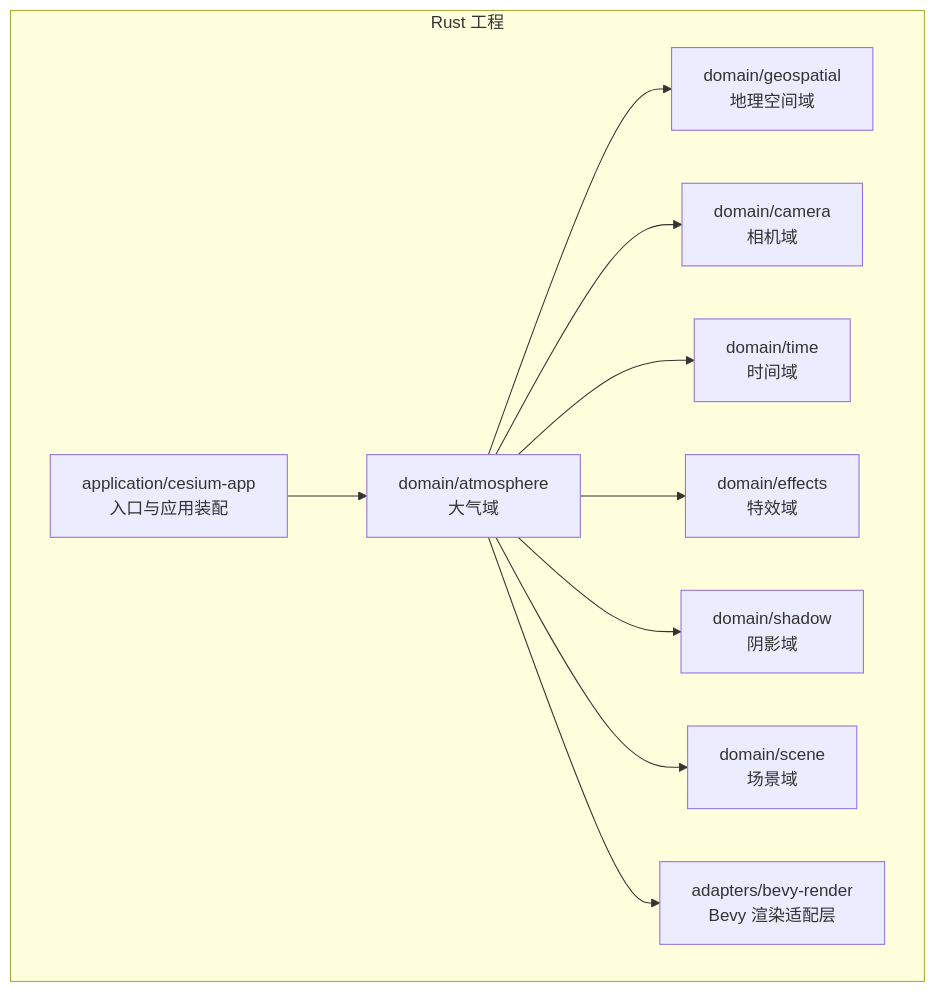
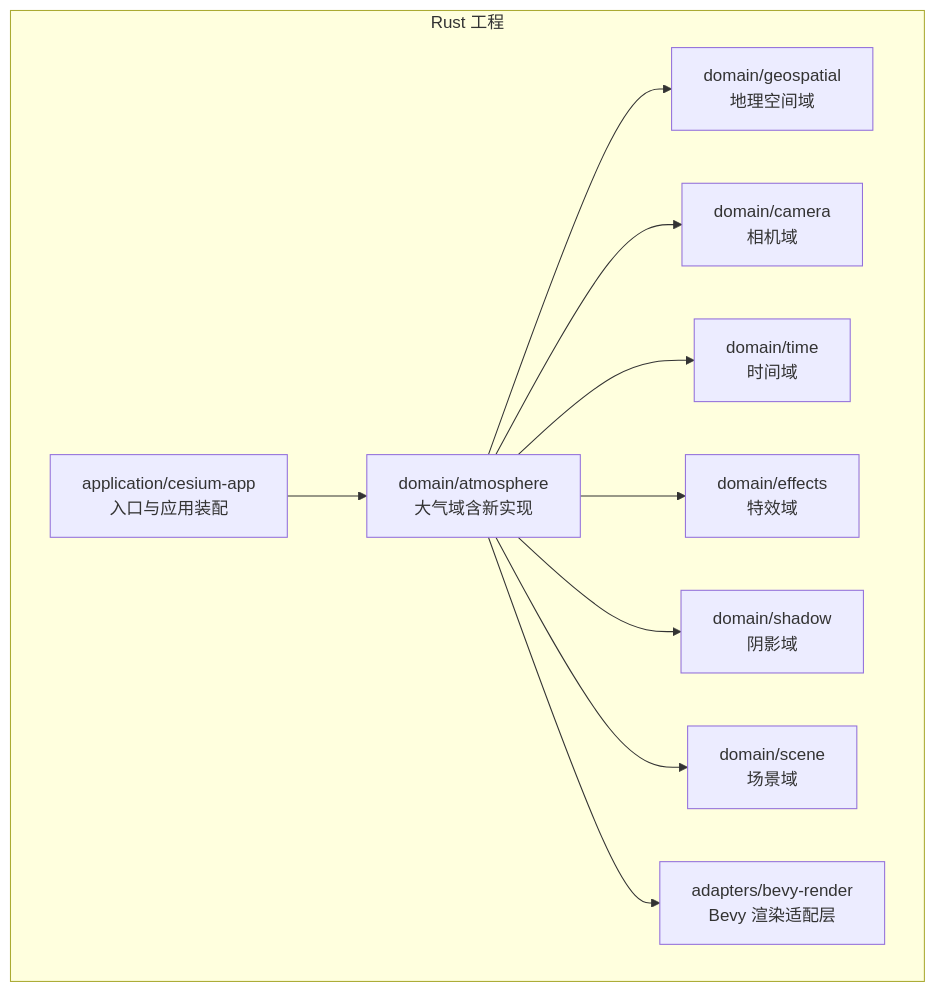
The first of 5 diagrams in .qoder/repowiki/zh/content/项目概述/核心特性/大气系统.md (rzhangjing/cesium), drawn with Mermaid before and after one commit. The commit also changed other lines of this file and 60 other files, not shown here.

````diff
--- a/.qoder/repowiki/zh/content/项目概述/核心特性/大气系统.md
+++ b/.qoder/repowiki/zh/content/项目概述/核心特性/大气系统.md
@@ -42,22 +49,22 @@
 ```mermaid
 graph TB
 subgraph "Rust 工程"
 A["application/cesium-app<br/>入口与应用装配"]
-B["domain/atmosphere<br/>大气域"]
+B["domain/atmosphere<br/>大气域含新实现"]
 C["domain/geospatial<br/>地理空间域"]
 D["domain/camera<br/>相机域"]
 E["domain/time<br/>时间域"]
 F["domain/effects<br/>特效域"]
 G["domain/shadow<br/>阴影域"]
 H["domain/scene<br/>场景域"]
 I["adapters/bevy-render<br/>Bevy 渲染适配层"]
 end
 A --> B
 B --> C
 B --> D
 B --> E
 B --> F
 B --> G
 B --> H
 B --> I
 ```
````
